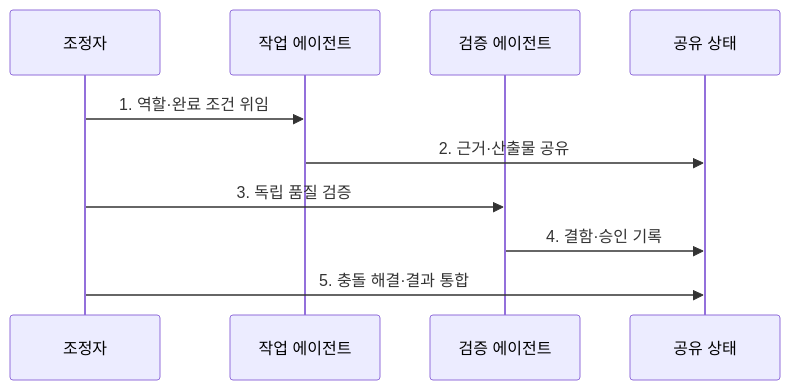
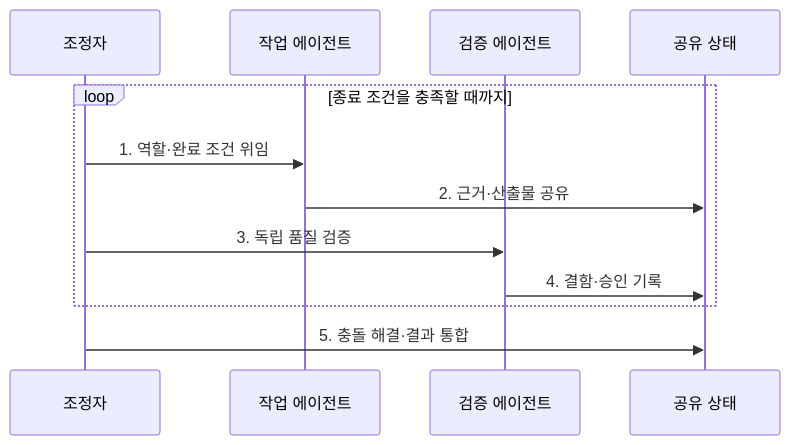
One commit to agnusdei1207/knowledge-base changed the second of 2 diagrams in src/content/docs/notes/08-latest-tech/013_multi_agent_collaboration.md. Above: the diagram before and after it, drawn with Mermaid. The commit also changed other lines of this file and 225 other files, not shown here.

````diff
--- a/src/content/docs/notes/08-latest-tech/013_multi_agent_collaboration.md
+++ b/src/content/docs/notes/08-latest-tech/013_multi_agent_collaboration.md
@@ -80,12 +80,14 @@
 ```mermaid
 sequenceDiagram
     participant C as 조정자
     participant W as 작업 에이전트
     participant V as 검증 에이전트
     participant S as 공유 상태
-    C->>W: 1. 역할·완료 조건 위임
-    W->>S: 2. 근거·산출물 공유
-    C->>V: 3. 독립 품질 검증
-    V->>S: 4. 결함·승인 기록
+    loop 종료 조건을 충족할 때까지
+        C->>W: 1. 역할·완료 조건 위임
+        W->>S: 2. 근거·산출물 공유
+        C->>V: 3. 독립 품질 검증
+        V->>S: 4. 결함·승인 기록
+    end
     C->>S: 5. 충돌 해결·결과 통합
 ```
````
